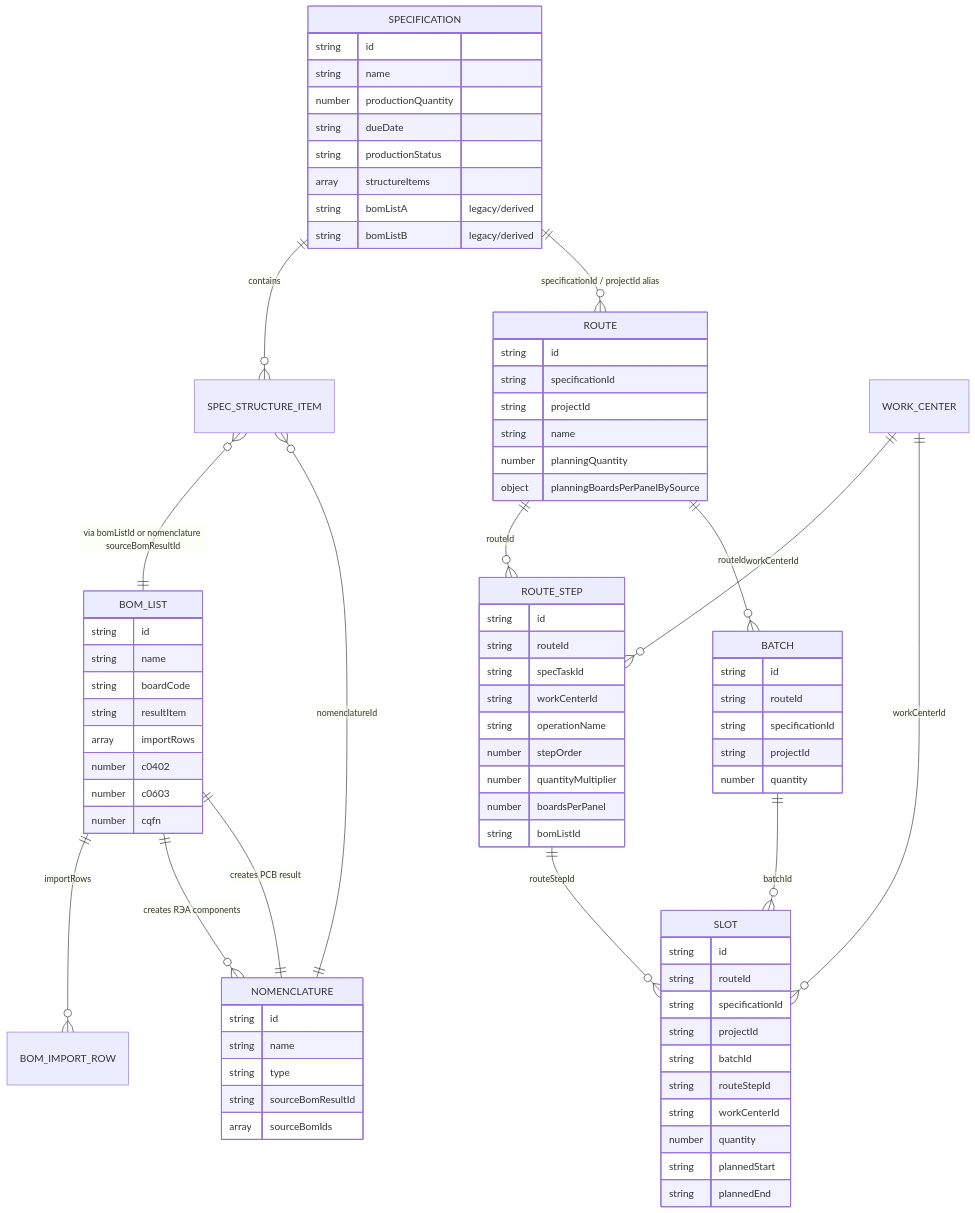
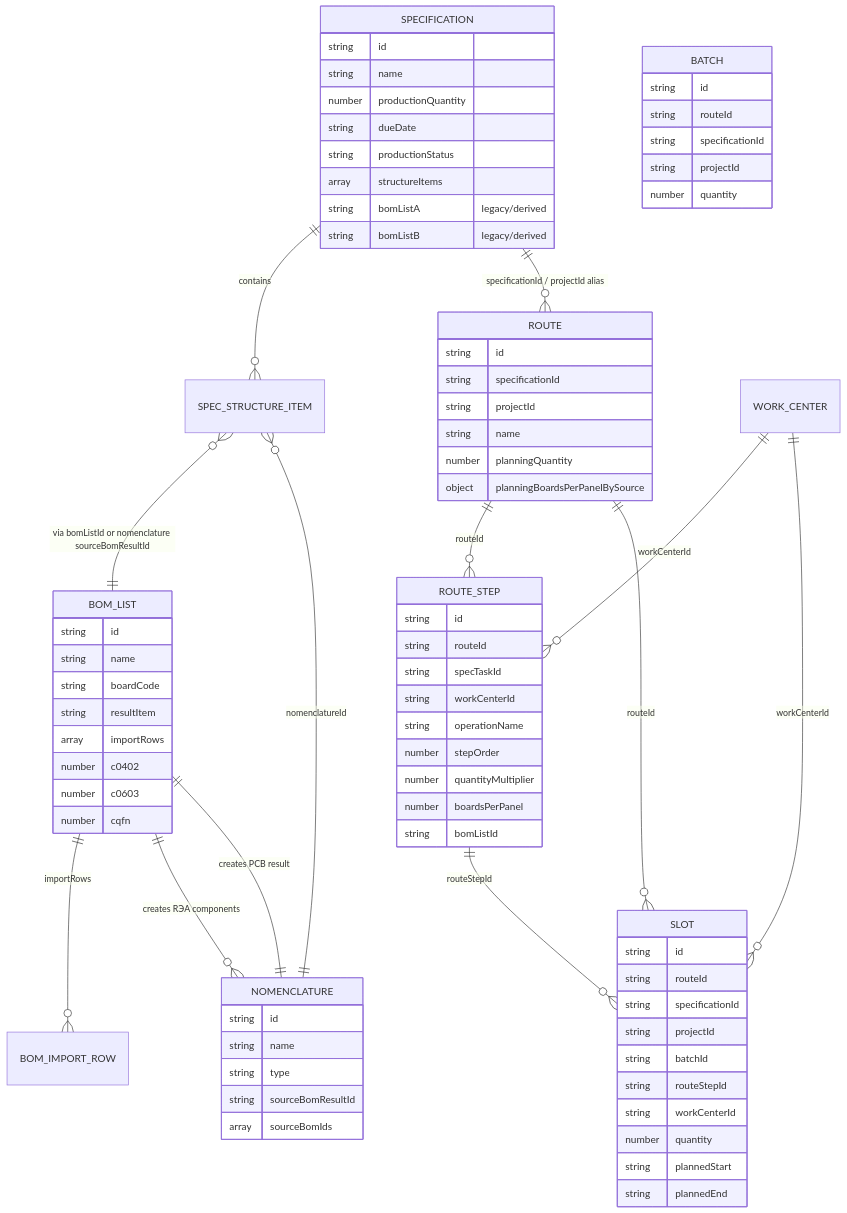
One commit to vladislav241194/mes-staging changed the second of 6 diagrams in docs/object-relationship-map.md. Above: the diagram before and after it, drawn with Mermaid. The commit also changed other lines of this file and 9 other files, not shown here.

```diff
--- a/docs/object-relationship-map.md
+++ b/docs/object-relationship-map.md
@@ -95,9 +94,8 @@
   SPEC_STRUCTURE_ITEM }o--|| NOMENCLATURE : "nomenclatureId"
   SPECIFICATION ||--o{ ROUTE : "specificationId / projectId alias"
   ROUTE ||--o{ ROUTE_STEP : routeId
-  ROUTE ||--o{ BATCH : routeId
   ROUTE_STEP ||--o{ SLOT : routeStepId
-  BATCH ||--o{ SLOT : batchId
+  ROUTE ||--o{ SLOT : routeId
   WORK_CENTER ||--o{ ROUTE_STEP : workCenterId
   WORK_CENTER ||--o{ SLOT : workCenterId
   BOM_LIST ||--o{ BOM_IMPORT_ROW : importRows
```
